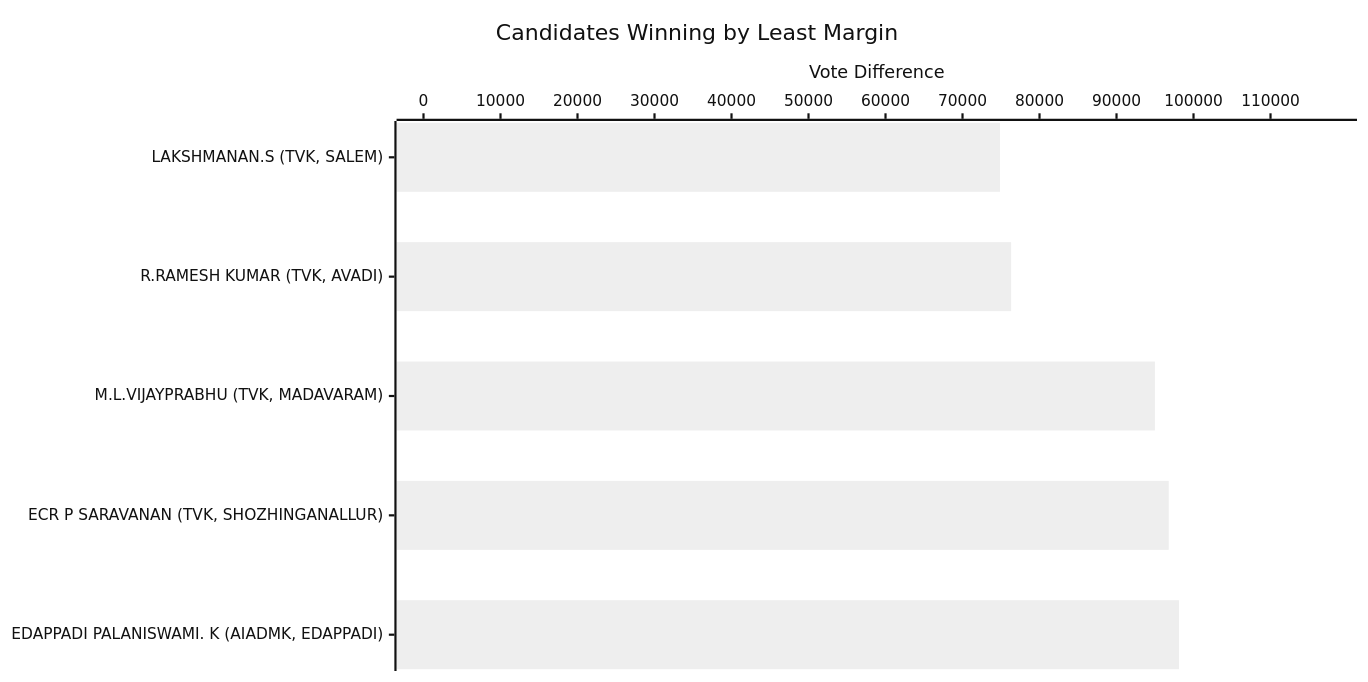
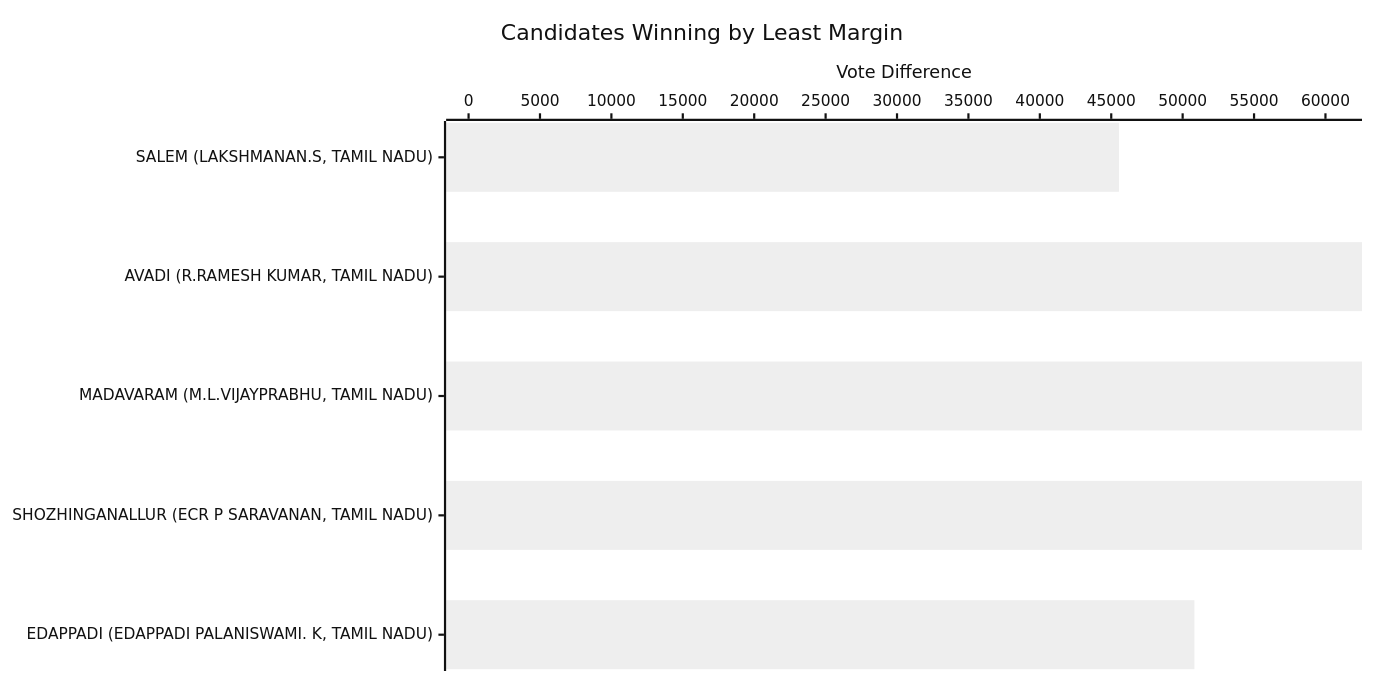
The sixth of 23 diagrams in result/TAMIL NADU/Tamil Nadu-GRAPH.md (arjunswaj/elections), drawn with Mermaid (neutral theme) before and after one commit. The commit also changed other lines of this file and 64 other files, not shown here.

````diff
--- a/result/TAMIL NADU/Tamil Nadu-GRAPH.md
+++ b/result/TAMIL NADU/Tamil Nadu-GRAPH.md
@@ -158,17 +158,17 @@
 ```mermaid
 ---
 config:
   xyChart:
     width: 1200
     height: 600
     chartOrientation: horizontal
   dataLabels:
     enabled: true
     placement: end
 ---
 xychart-beta
 title "Candidates Winning by Least Margin"
-x-axis ["LAKSHMANAN.S (TVK, SALEM)", "R.RAMESH KUMAR (TVK, AVADI)", "M.L.VIJAYPRABHU (TVK, MADAVARAM)", "ECR P SARAVANAN (TVK, SHOZHINGANALLUR)", "EDAPPADI PALANISWAMI. K (AIADMK, EDAPPADI)"]
-y-axis "Vote Difference" 0 --> 117732
-bar [74867, 76311, 94985, 96780, 98110]
+x-axis ["SALEM (LAKSHMANAN.S, TAMIL NADU)", "AVADI (R.RAMESH KUMAR, TAMIL NADU)", "MADAVARAM (M.L.VIJAYPRABHU, TAMIL NADU)", "SHOZHINGANALLUR (ECR P SARAVANAN, TAMIL NADU)", "EDAPPADI (EDAPPADI PALANISWAMI. K, TAMIL NADU)"]
+y-axis "Vote Difference" 0 --> 60987
+bar [45540, 104073, 95477, 123602, 50823]
 ```
````
